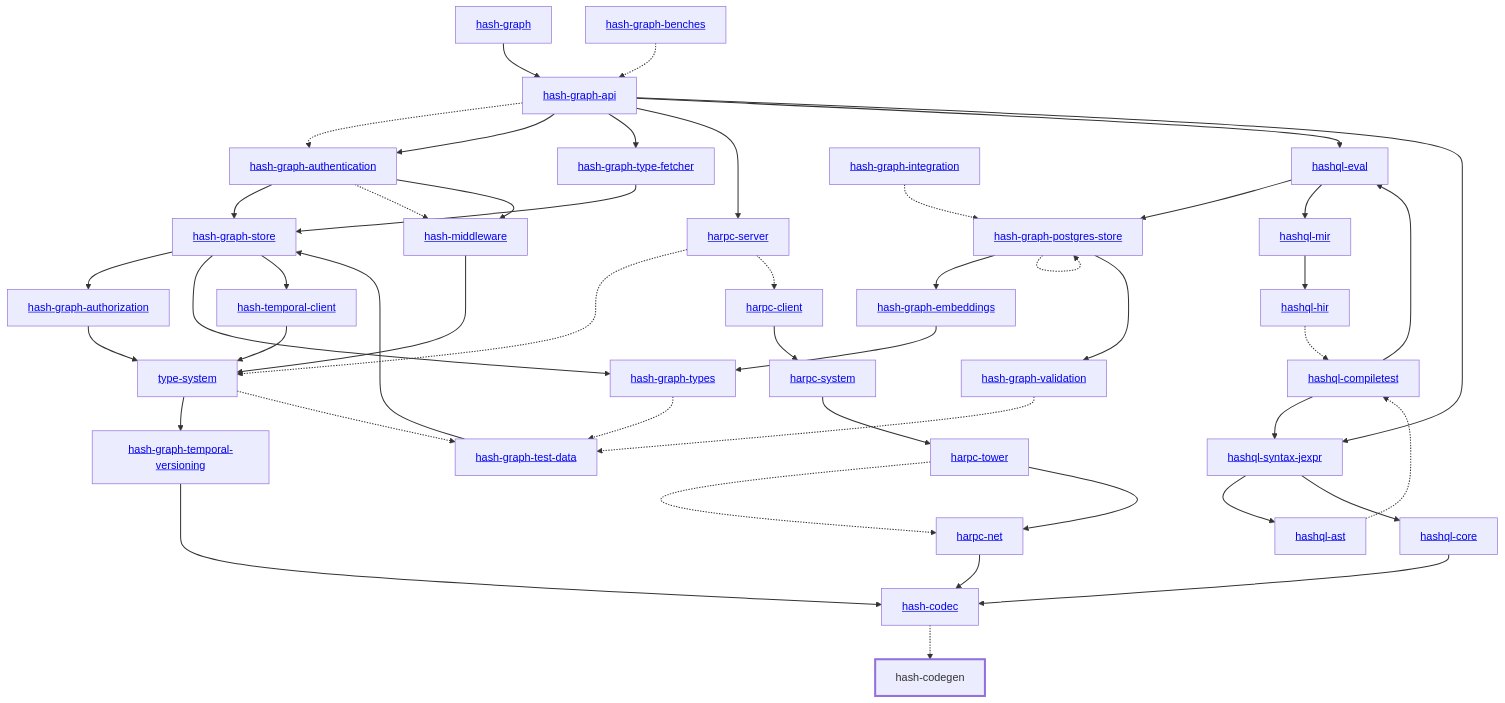
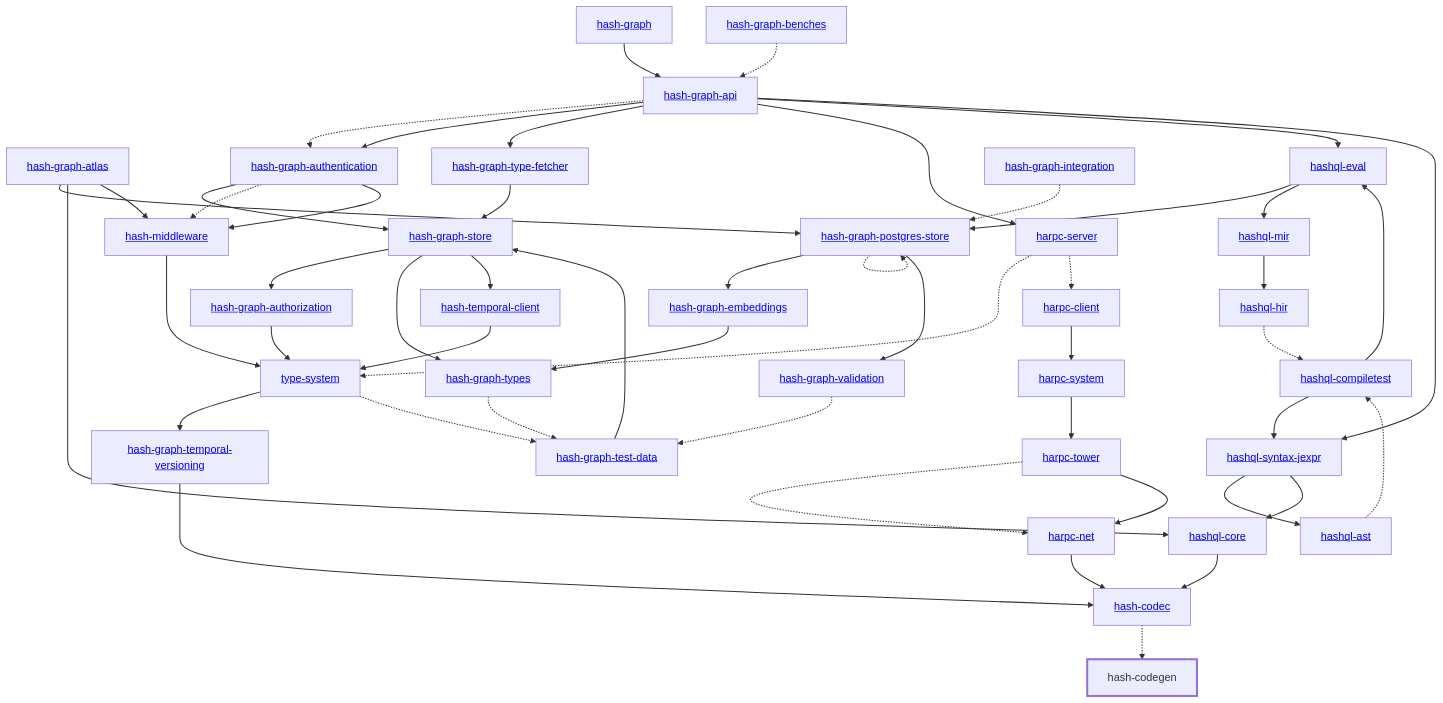
The diagram in libs/@local/codegen/docs/dependency-diagram.mmd (hashintel/hash), drawn with Mermaid before and after one commit. The commit also changed 647 other files, not shown here.

Commit message:
BE-782: Fit 2D semantic maps over graph entities and serve them as tiles (#9305)

```diff
--- a/libs/@local/codegen/docs/dependency-diagram.mmd
+++ b/libs/@local/codegen/docs/dependency-diagram.mmd
@@ -1,89 +1,93 @@
 graph TD
     linkStyle default stroke-width:1.5px
     classDef default stroke-width:1px
     classDef root stroke-width:3px
     classDef dev stroke-width:1px
     classDef build stroke-width:1px
     %% Legend
     %% --> : Normal dependency
     %% -.-> : Dev dependency
     %% ---> : Build dependency
     0[<a href="../hash_graph/index.html">hash-graph</a>]
     1[<a href="../type_system/index.html">type-system</a>]
     2[<a href="../hash_codec/index.html">hash-codec</a>]
     3[hash-codegen]
     class 3 root
     4[<a href="../hash_graph_api/index.html">hash-graph-api</a>]
-    5[<a href="../hash_graph_authentication/index.html">hash-graph-authentication</a>]
-    6[<a href="../hash_graph_authorization/index.html">hash-graph-authorization</a>]
-    7[<a href="../hash_graph_embeddings/index.html">hash-graph-embeddings</a>]
-    8[<a href="../hash_graph_postgres_store/index.html">hash-graph-postgres-store</a>]
-    9[<a href="../hash_graph_store/index.html">hash-graph-store</a>]
-    10[<a href="../hash_graph_temporal_versioning/index.html">hash-graph-temporal-versioning</a>]
-    11[<a href="../hash_graph_type_fetcher/index.html">hash-graph-type-fetcher</a>]
-    12[<a href="../hash_graph_types/index.html">hash-graph-types</a>]
-    13[<a href="../hash_graph_validation/index.html">hash-graph-validation</a>]
-    14[<a href="../harpc_client/index.html">harpc-client</a>]
-    15[<a href="../harpc_net/index.html">harpc-net</a>]
-    16[<a href="../harpc_server/index.html">harpc-server</a>]
-    17[<a href="../harpc_system/index.html">harpc-system</a>]
-    18[<a href="../harpc_tower/index.html">harpc-tower</a>]
-    19[<a href="../hashql_ast/index.html">hashql-ast</a>]
-    20[<a href="../hashql_compiletest/index.html">hashql-compiletest</a>]
-    21[<a href="../hashql_core/index.html">hashql-core</a>]
-    22[<a href="../hashql_eval/index.html">hashql-eval</a>]
-    23[<a href="../hashql_hir/index.html">hashql-hir</a>]
-    24[<a href="../hashql_mir/index.html">hashql-mir</a>]
-    25[<a href="../hashql_syntax_jexpr/index.html">hashql-syntax-jexpr</a>]
-    26[<a href="../hash_middleware/index.html">hash-middleware</a>]
-    27[<a href="../hash_temporal_client/index.html">hash-temporal-client</a>]
-    28[<a href="../hash_graph_benches/index.html">hash-graph-benches</a>]
-    29[<a href="../hash_graph_integration/index.html">hash-graph-integration</a>]
-    30[<a href="../hash_graph_test_data/index.html">hash-graph-test-data</a>]
+    5[<a href="../hash_graph_atlas/index.html">hash-graph-atlas</a>]
+    6[<a href="../hash_graph_authentication/index.html">hash-graph-authentication</a>]
+    7[<a href="../hash_graph_authorization/index.html">hash-graph-authorization</a>]
+    8[<a href="../hash_graph_embeddings/index.html">hash-graph-embeddings</a>]
+    9[<a href="../hash_graph_postgres_store/index.html">hash-graph-postgres-store</a>]
+    10[<a href="../hash_graph_store/index.html">hash-graph-store</a>]
+    11[<a href="../hash_graph_temporal_versioning/index.html">hash-graph-temporal-versioning</a>]
+    12[<a href="../hash_graph_type_fetcher/index.html">hash-graph-type-fetcher</a>]
+    13[<a href="../hash_graph_types/index.html">hash-graph-types</a>]
+    14[<a href="../hash_graph_validation/index.html">hash-graph-validation</a>]
+    15[<a href="../harpc_client/index.html">harpc-client</a>]
+    16[<a href="../harpc_net/index.html">harpc-net</a>]
+    17[<a href="../harpc_server/index.html">harpc-server</a>]
+    18[<a href="../harpc_system/index.html">harpc-system</a>]
+    19[<a href="../harpc_tower/index.html">harpc-tower</a>]
+    20[<a href="../hashql_ast/index.html">hashql-ast</a>]
+    21[<a href="../hashql_compiletest/index.html">hashql-compiletest</a>]
+    22[<a href="../hashql_core/index.html">hashql-core</a>]
+    23[<a href="../hashql_eval/index.html">hashql-eval</a>]
+    24[<a href="../hashql_hir/index.html">hashql-hir</a>]
+    25[<a href="../hashql_mir/index.html">hashql-mir</a>]
+    26[<a href="../hashql_syntax_jexpr/index.html">hashql-syntax-jexpr</a>]
+    27[<a href="../hash_middleware/index.html">hash-middleware</a>]
+    28[<a href="../hash_temporal_client/index.html">hash-temporal-client</a>]
+    29[<a href="../hash_graph_benches/index.html">hash-graph-benches</a>]
+    30[<a href="../hash_graph_integration/index.html">hash-graph-integration</a>]
+    31[<a href="../hash_graph_test_data/index.html">hash-graph-test-data</a>]
     0 --> 4
-    1 --> 10
-    1 -.-> 30
+    1 --> 11
+    1 -.-> 31
     2 -.-> 3
-    4 -.-> 5
-    4 --> 5
-    4 --> 11
-    4 --> 16
-    4 --> 22
-    4 --> 25
+    4 -.-> 6
+    4 --> 6
+    4 --> 12
+    4 --> 17
+    4 --> 23
+    4 --> 26
     5 --> 9
-    5 -.-> 26
-    5 --> 26
-    6 --> 1
-    7 --> 12
-    8 --> 7
-    8 -.-> 8
+    5 --> 22
+    5 --> 27
+    6 --> 10
+    6 -.-> 27
+    6 --> 27
+    7 --> 1
     8 --> 13
-    9 --> 6
-    9 --> 12
-    9 --> 27
-    10 --> 2
-    11 --> 9
-    12 -.-> 30
-    13 -.-> 30
-    14 --> 17
-    15 --> 2
-    16 -.-> 1
-    16 -.-> 14
-    17 --> 18
-    18 -.-> 15
-    18 --> 15
-    19 -.-> 20
-    20 --> 22
-    20 --> 25
-    21 --> 2
-    22 --> 8
-    22 --> 24
-    23 -.-> 20
-    24 --> 23
-    25 --> 19
-    25 --> 21
-    26 --> 1
+    9 --> 8
+    9 -.-> 9
+    9 --> 14
+    10 --> 7
+    10 --> 13
+    10 --> 28
+    11 --> 2
+    12 --> 10
+    13 -.-> 31
+    14 -.-> 31
+    15 --> 18
+    16 --> 2
+    17 -.-> 1
+    17 -.-> 15
+    18 --> 19
+    19 -.-> 16
+    19 --> 16
+    20 -.-> 21
+    21 --> 23
+    21 --> 26
+    22 --> 2
+    23 --> 9
+    23 --> 25
+    24 -.-> 21
+    25 --> 24
+    26 --> 20
+    26 --> 22
     27 --> 1
-    28 -.-> 4
-    29 -.-> 8
-    30 --> 9
+    28 --> 1
+    29 -.-> 4
+    30 -.-> 9
+    31 --> 10
```
